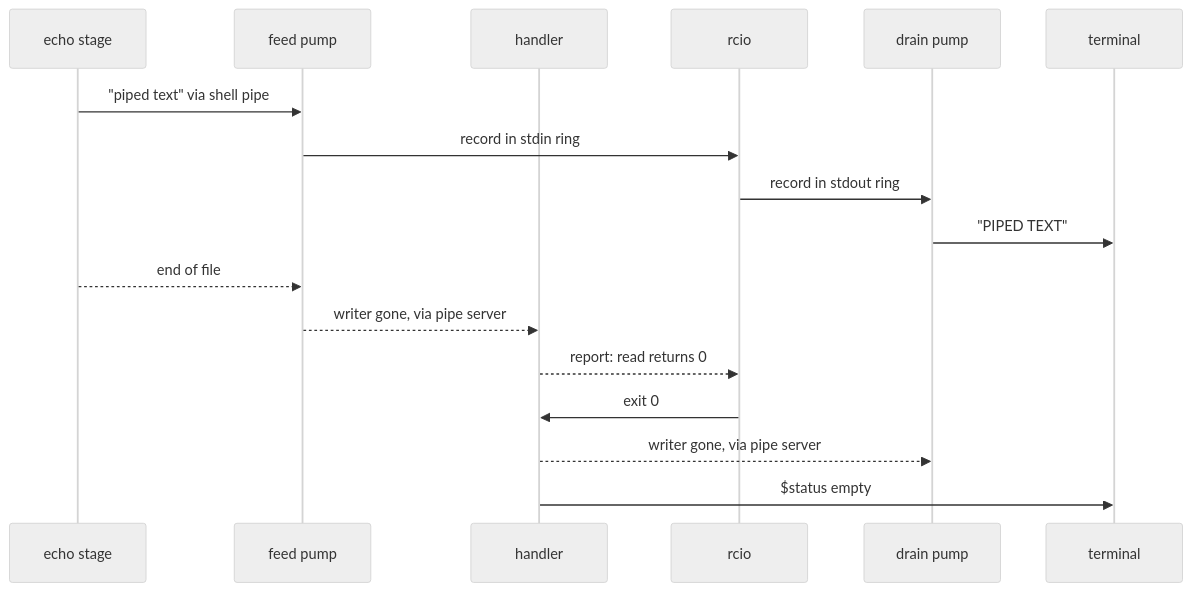
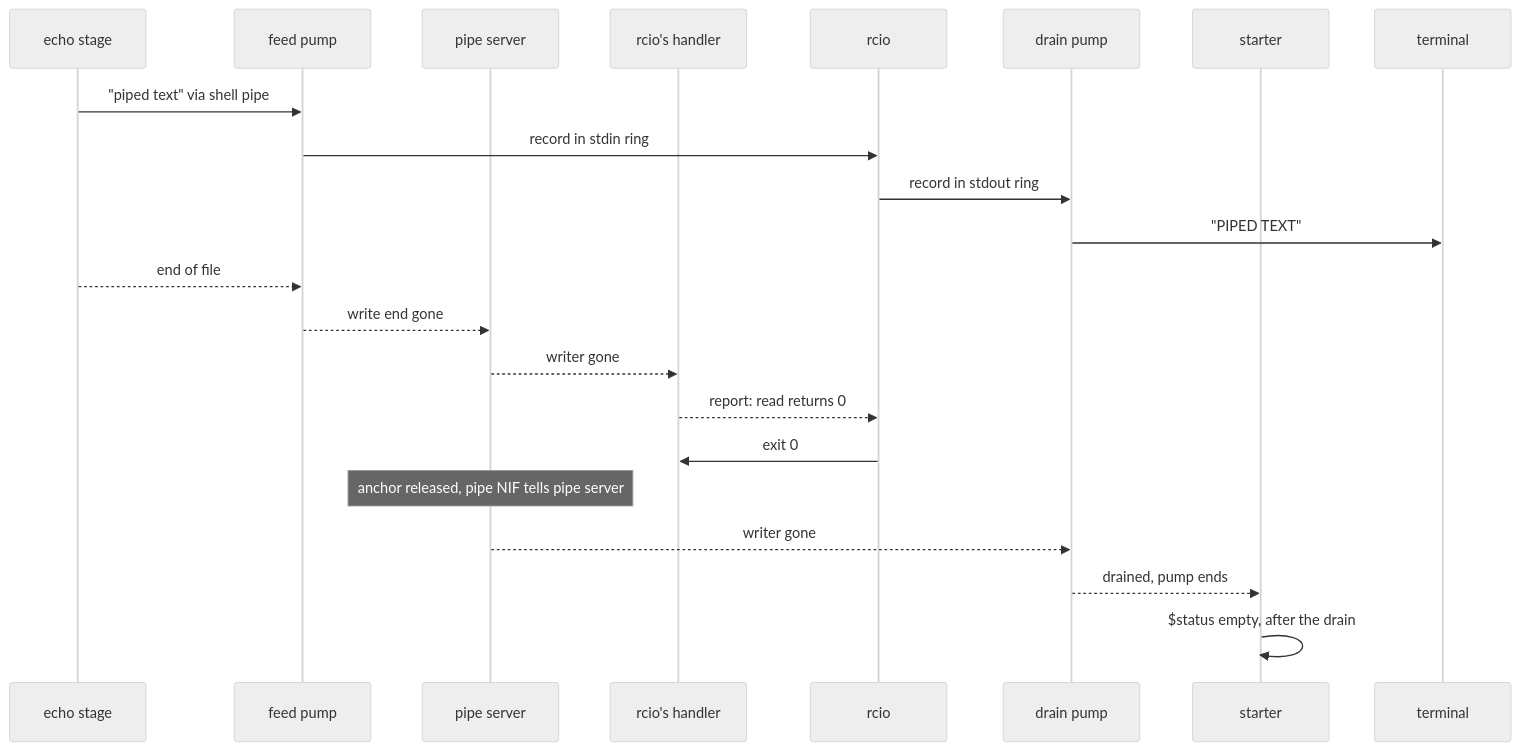
The second of 2 diagrams in docs/book/13-native-programs.md (nshkrdotcom/erXos), drawn with Mermaid (neutral theme) before and after one commit. The commit also changed other lines of this file, not shown here.

````diff
--- a/docs/book/13-native-programs.md
+++ b/docs/book/13-native-programs.md
@@ -495,19 +445,24 @@
 ```mermaid
 sequenceDiagram
   participant E as echo stage
   participant F as feed pump
-  participant H as handler
+  participant P as pipe server
+  participant H as rcio's handler
   participant R as rcio
   participant D as drain pump
+  participant S as starter
   participant T as terminal
   E->>F: "piped text" via shell pipe
   F->>R: record in stdin ring
   R->>D: record in stdout ring
   D->>T: "PIPED TEXT"
   E-->>F: end of file
-  F-->>H: writer gone, via pipe server
+  F-->>P: write end gone
+  P-->>H: writer gone
   H-->>R: report: read returns 0
   R->>H: exit 0
-  H-->>D: writer gone, via pipe server
-  H->>T: $status empty
+  Note over P: anchor released, pipe NIF tells pipe server
+  P-->>D: writer gone
+  D-->>S: drained, pump ends
+  S->>S: $status empty, after the drain
 ```
````
